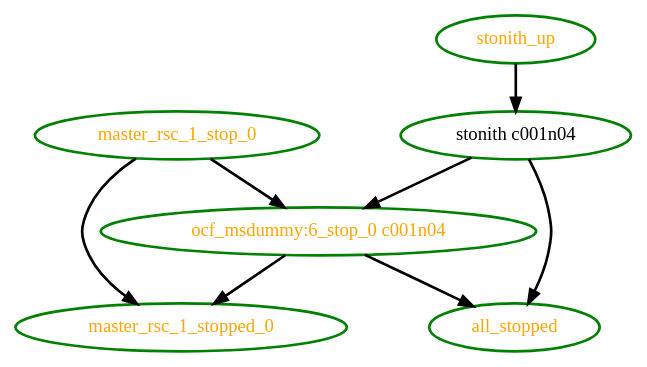
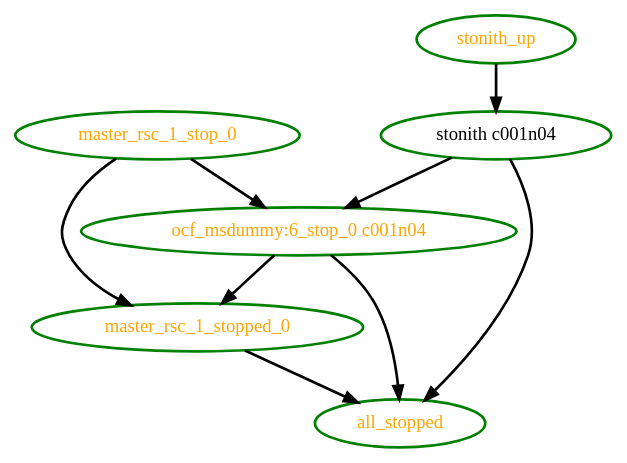
One commit to richiewen8/heartbeat changed the diagram in crm/pengine/testcases/rec-node-13.dot. Above: the diagram before and after it, drawn with Graphviz. The commit also changed 218 other files, not shown here.

Commit message:
PE: Update testcases to include all_stopped (added in cs: 800c2fec24ee)

```diff
--- a/crm/pengine/testcases/rec-node-13.dot
+++ b/crm/pengine/testcases/rec-node-13.dot
@@ -1,15 +1,16 @@
  digraph "g" {
 "all_stopped" [ style=bold color="green" fontcolor="orange"  ]
 "master_rsc_1_stop_0" -> "master_rsc_1_stopped_0" [ style = bold]
 "master_rsc_1_stop_0" -> "ocf_msdummy:6_stop_0 c001n04" [ style = bold]
 "master_rsc_1_stop_0" [ style=bold color="green" fontcolor="orange" ]
+"master_rsc_1_stopped_0" -> "all_stopped" [ style = bold]
 "master_rsc_1_stopped_0" [ style=bold color="green" fontcolor="orange" ]
 "ocf_msdummy:6_stop_0 c001n04" -> "all_stopped" [ style = bold]
 "ocf_msdummy:6_stop_0 c001n04" -> "master_rsc_1_stopped_0" [ style = bold]
 "ocf_msdummy:6_stop_0 c001n04" [ style=bold color="green" fontcolor="orange" ]
 "stonith c001n04" -> "all_stopped" [ style = bold]
 "stonith c001n04" -> "ocf_msdummy:6_stop_0 c001n04" [ style = bold]
 "stonith c001n04" [ style=bold color="green" fontcolor="black" ]
 "stonith_up" -> "stonith c001n04" [ style = bold]
 "stonith_up" [ style=bold color="green" fontcolor="orange"  ]
 }
```
